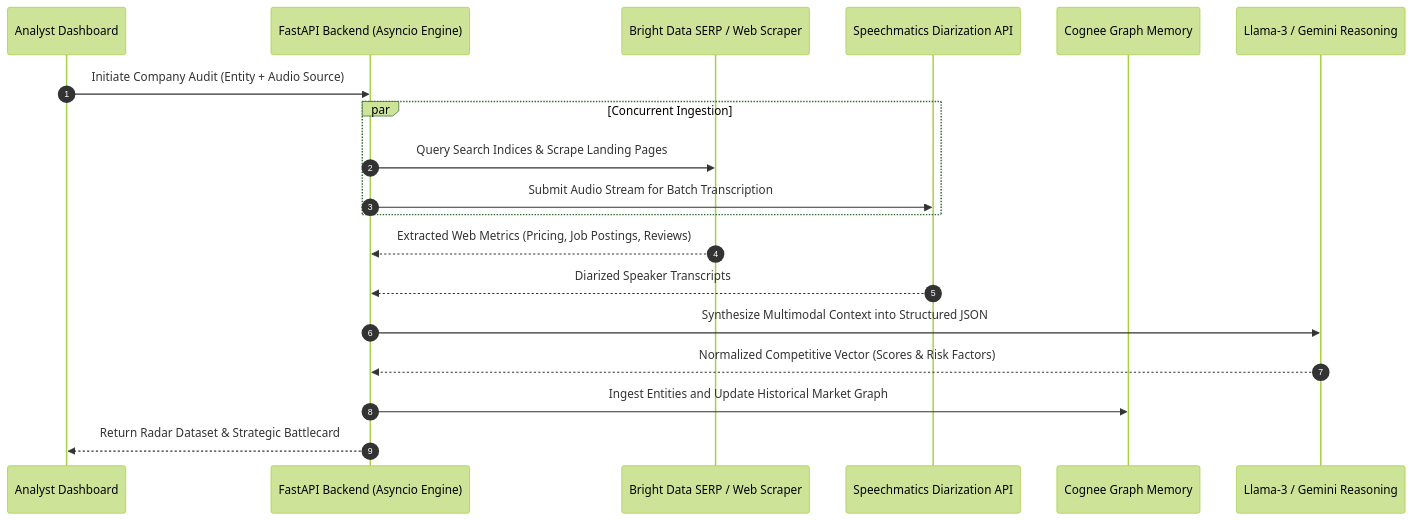
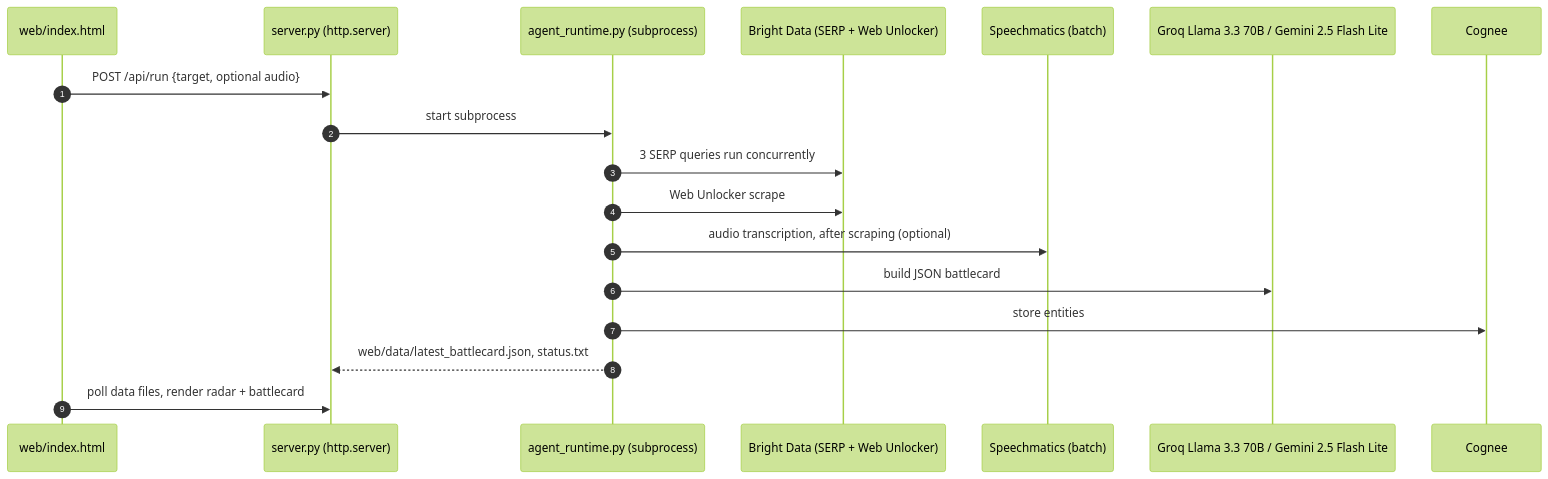
Before and after one commit to HamzaKhanBUIC/OmniSight-Autonomous-Corporate-Strategy-Disruption-Radar: the diagram in README.md, drawn with Mermaid (forest theme). The commit also changed other lines of this file, not shown here.

````diff
--- a/README.md
+++ b/README.md
@@ -25,22 +13,21 @@
 ```mermaid
 sequenceDiagram
     autonumber
-    participant Client as Analyst Dashboard
-    participant API as FastAPI Backend (Asyncio Engine)
-    participant Scraper as Bright Data SERP / Web Scraper
-    participant Audio as Speechmatics Diarization API
-    participant Graph as Cognee Graph Memory
-    participant LLM as Llama-3 / Gemini Reasoning
+    participant UI as web/index.html
+    participant S as server.py (http.server)
+    participant A as agent_runtime.py (subprocess)
+    participant BD as Bright Data (SERP + Web Unlocker)
+    participant SM as Speechmatics (batch)
+    participant LLM as Groq Llama 3.3 70B / Gemini 2.5 Flash Lite
+    participant C as Cognee
 
-    Client->>API: Initiate Company Audit (Entity + Audio Source)
-    par Concurrent Ingestion
-        API->>Scraper: Query Search Indices & Scrape Landing Pages
-        API->>Audio: Submit Audio Stream for Batch Transcription
-    end
-    Scraper-->>API: Extracted Web Metrics (Pricing, Job Postings, Reviews)
-    Audio-->>API: Diarized Speaker Transcripts
-    API->>LLM: Synthesize Multimodal Context into Structured JSON
-    LLM-->>API: Normalized Competitive Vector (Scores & Risk Factors)
-    API->>Graph: Ingest Entities and Update Historical Market Graph
-    API-->>Client: Return Radar Dataset & Strategic Battlecard
+    UI->>S: POST /api/run {target, optional audio}
+    S->>A: start subprocess
+    A->>BD: 3 SERP queries run concurrently
+    A->>BD: Web Unlocker scrape
+    A->>SM: audio transcription, after scraping (optional)
+    A->>LLM: build JSON battlecard
+    A->>C: store entities
+    A-->>S: web/data/latest_battlecard.json, status.txt
+    UI->>S: poll data files, render radar + battlecard
 ```
````
